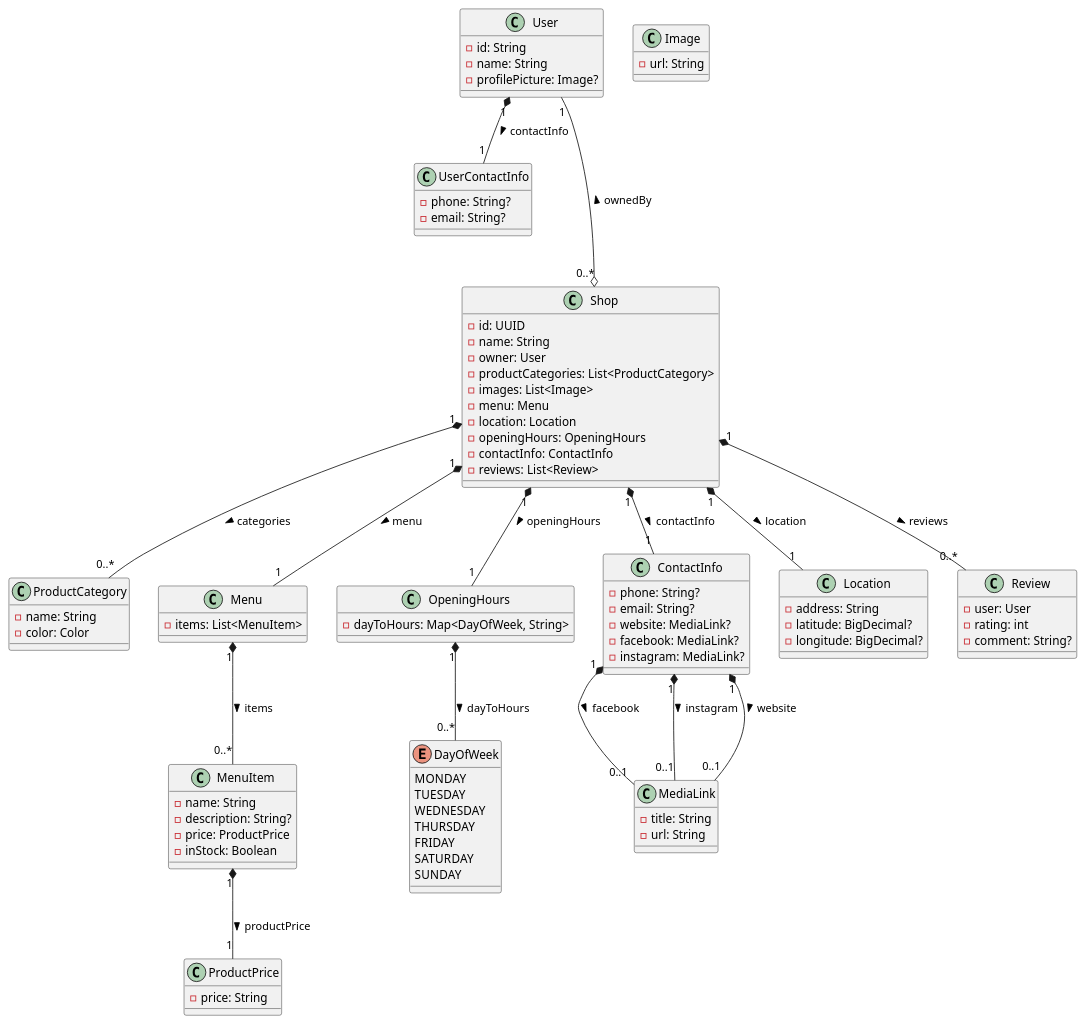
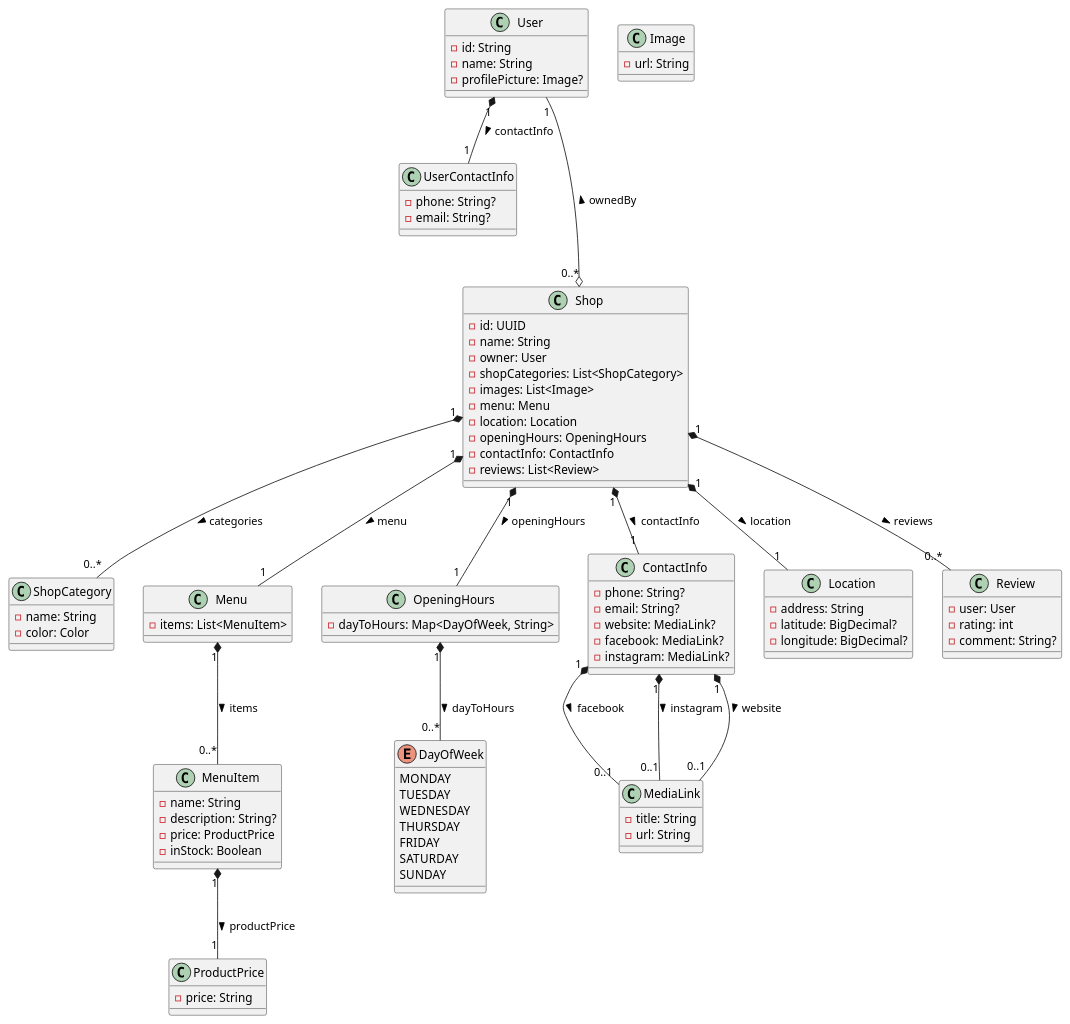
The diagram in docs/diagram/class.puml (tondracek/my-farmer), drawn with PlantUML before and after one commit. The commit also changed 12 other files, not shown here.

Commit message:
renamed ProductCategory to ShopCategory

```diff
--- a/docs/diagram/class.puml
+++ b/docs/diagram/class.puml
@@ -1,135 +1,135 @@
 @startuml
 
 skinparam backgroundColor #FFFFFF
 
 class User {
     - id: String
     - name: String
     - profilePicture: Image?
 }
 
 ' ----------------------------------- '
 
 class UserContactInfo {
     - phone: String?
     - email: String?
 }
 
 User "1" *-- "1" UserContactInfo : contactInfo >
 
 ' ----------------------------------- '
 
 class Shop {
     - id: UUID
     - name: String
     - owner: User
-    - productCategories: List<ProductCategory>
+    - shopCategories: List<ShopCategory>
     - images: List<Image>
     - menu: Menu
     - location: Location
     - openingHours: OpeningHours
     - contactInfo: ContactInfo
     - reviews: List<Review>
 }
 
 User "1" ---o "0..*" Shop : ownedBy <
 
 ' ----------------------------------- '
 
-class ProductCategory {
+class ShopCategory {
     - name: String
     - color: Color
 }
 
-Shop "1" *-- "0..*" ProductCategory : categories >
+Shop "1" *-- "0..*" ShopCategory : categories >
 
 ' ----------------------------------- '
 
 class Menu {
     - items: List<MenuItem>
 }
 
 class MenuItem {
     - name: String
     - description: String?
     - price: ProductPrice
     - inStock: Boolean
 }
 
 class ProductPrice {
     - price: String
 }
 
 Shop "1" *-- "1" Menu : menu >
 Menu "1" *-- "0..*" MenuItem : items >
 MenuItem "1" *-- "1" ProductPrice : productPrice >
 
 ' ----------------------------------- '
 
 class OpeningHours {
     - dayToHours: Map<DayOfWeek, String>
 }
 
 enum DayOfWeek {
     MONDAY
     TUESDAY
     WEDNESDAY
     THURSDAY
     FRIDAY
     SATURDAY
     SUNDAY
 }
 
 Shop "1" *-- "1" OpeningHours : openingHours >
 OpeningHours "1" *-- "0..*" DayOfWeek : dayToHours >
 
 ' ----------------------------------- '
 
 class ContactInfo {
     - phone: String?
     - email: String?
     - website: MediaLink?
     - facebook: MediaLink?
     - instagram: MediaLink?
 }
 
 Shop "1" *-- "1" ContactInfo : contactInfo >
 
 ' ----------------------------------- '
 
 class MediaLink {
     - title: String
     - url: String
 }
 
 ContactInfo "1" *-- "0..1" MediaLink : facebook >
 ContactInfo "1" *-- "0..1" MediaLink : instagram >
 ContactInfo "1" *-- "0..1" MediaLink : website >
 
 ' ----------------------------------- '
 
 class Location {
     - address: String
     - latitude: BigDecimal?
     - longitude: BigDecimal?
 }
 
 Shop "1" *-- "1" Location : location >
 
 ' ----------------------------------- '
 
 class Review {
     - user: User
     - rating: int
     - comment: String?
 }
 
 Shop "1" *-- "0..*" Review : reviews >
 
 ' ----------------------------------- '
 
 class Image {
     - url: String
 }
 
 @enduml
```
